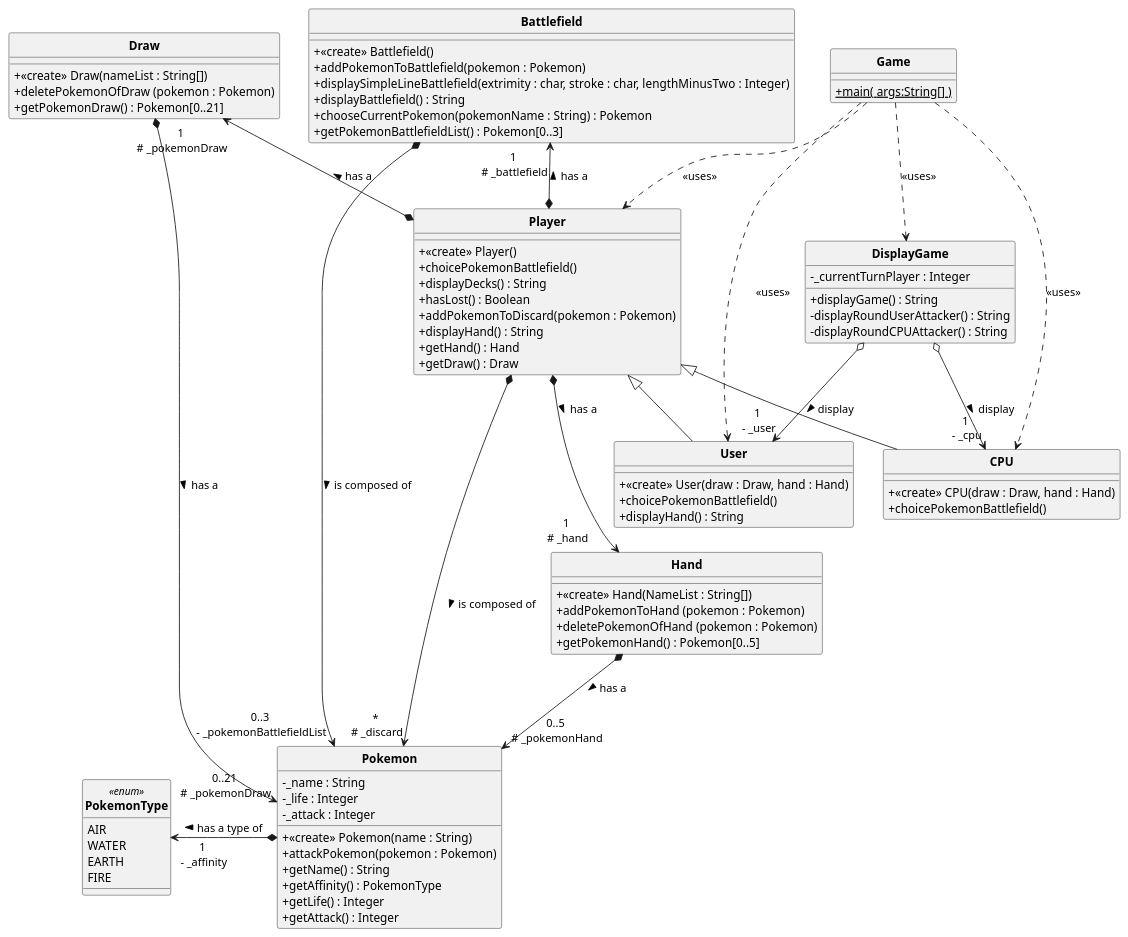
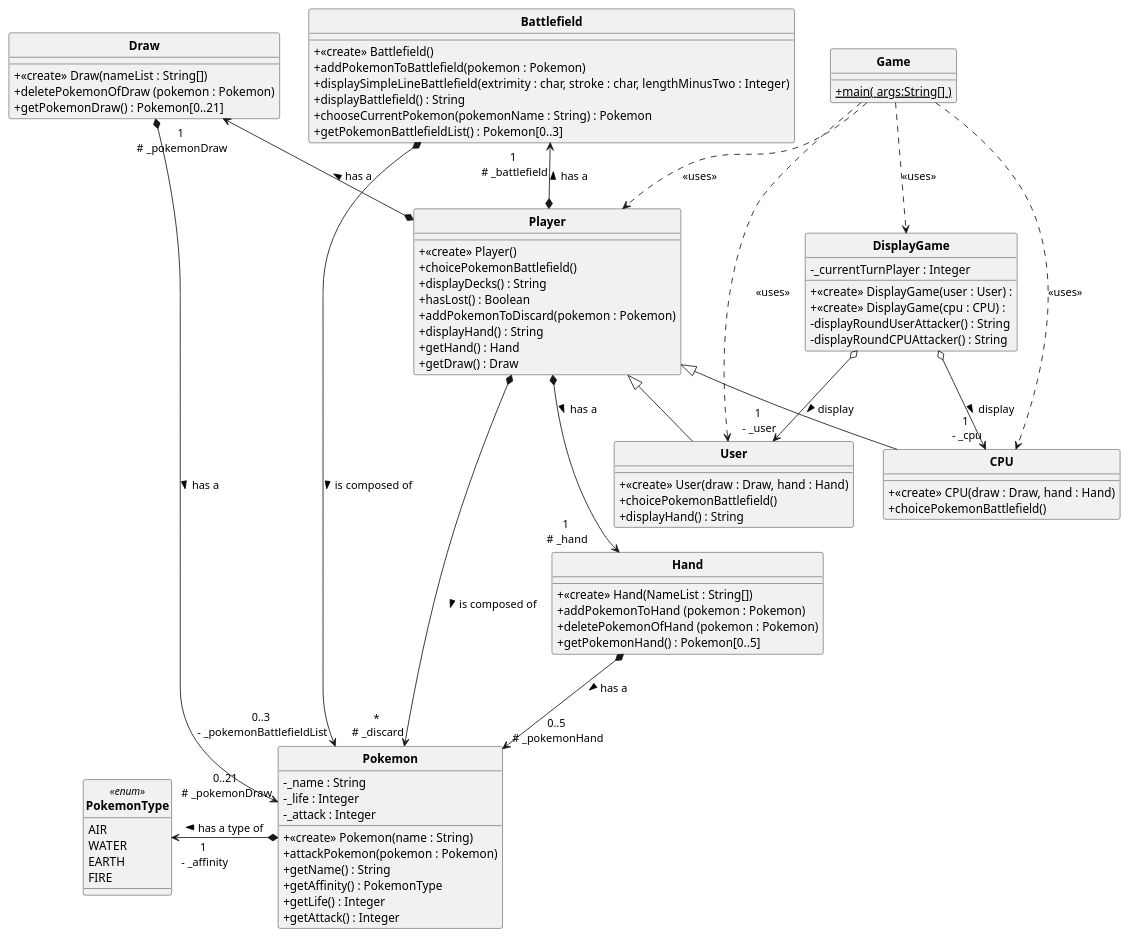
The diagram in uml/semaine2.puml (vfletschinger/Pokemon_Project), drawn with PlantUML before and after one commit. The commit also changed 8 other files, not shown here.

```diff
--- a/uml/semaine2.puml
+++ b/uml/semaine2.puml
@@ -1,104 +1,105 @@
  @startuml
 'https://plantuml.com/sequence-diagram
 
 
 'configuration du style
 skinparam style strictuml
 skinparam classAttributeIconSize 0
 skinparam classFontStyle Bold
 
 
 class Game  {
 	+ {static} main( args:String[] )
 }
 
 class Pokemon {
     - _name : String
     - _life : Integer
     - _attack : Integer
     + <<create>> Pokemon(name : String)
     + attackPokemon(pokemon : Pokemon)
     + getName() : String
     + getAffinity() : PokemonType
     + getLife() : Integer
     + getAttack() : Integer
 }
 
 enum PokemonType <<enum>>{
     AIR
     WATER
     EARTH
     FIRE
 }
 'On pourrait contenir cette énumération comme des "sous classes" de Pokemon'
 
 
 class Player{
     + <<create>> Player()
     + choicePokemonBattlefield()
     + displayDecks() : String
     + hasLost() : Boolean
     + addPokemonToDiscard(pokemon : Pokemon)
     + displayHand() : String
     + getHand() : Hand
     + getDraw() : Draw
 }
 
 class User extends Player {
     + <<create>> User(draw : Draw, hand : Hand)
     + choicePokemonBattlefield()
     + displayHand() : String
 }
 
 class CPU extends Player {
     + <<create>> CPU(draw : Draw, hand : Hand)
     + choicePokemonBattlefield()
 }
 
 class Battlefield {
     + <<create>> Battlefield()
     + addPokemonToBattlefield(pokemon : Pokemon)
     + displaySimpleLineBattlefield(extrimity : char, stroke : char, lengthMinusTwo : Integer)
     + displayBattlefield() : String
     + chooseCurrentPokemon(pokemonName : String) : Pokemon
     + getPokemonBattlefieldList() : Pokemon[0..3]
 }
 
 class DisplayGame {
     - _currentTurnPlayer : Integer
-    + displayGame() : String
+    + <<create>> DisplayGame(user : User) :
+    + <<create>> DisplayGame(cpu : CPU) :
     - displayRoundUserAttacker() : String
     - displayRoundCPUAttacker() : String
 }
 
 class Draw{
     +<<create>> Draw(nameList : String[])
     + deletePokemonOfDraw (pokemon : Pokemon)
     + getPokemonDraw() : Pokemon[0..21]
 }
 
 class Hand{
     +<<create>> Hand(NameList : String[])
     + addPokemonToHand (pokemon : Pokemon)
     + deletePokemonOfHand (pokemon : Pokemon)
     + getPokemonHand() : Pokemon[0..5]
 }
 
 Player *-u-> "1\n # _battlefield" Battlefield : > has a
 Player *-u-> "1\n # _pokemonDraw" Draw : > has a
 Player *-d---> "*\n # _discard" Pokemon : > is composed of
 Player *--> "1\n # _hand" Hand : > has a
 Draw *--> "0..21\n # _pokemonDraw" Pokemon : > has a
 Hand *--> "0..5\n # _pokemonHand" Pokemon : > has a
 Battlefield *--> "0..3\n - _pokemonBattlefieldList" Pokemon : > is composed of
 DisplayGame o--> "1\n - _user" User : > display
 DisplayGame o--> "1\n - _cpu" CPU : > display
 Pokemon *-l-> "1\n - _affinity" PokemonType : > has a type of
 
 Game .d.> Player : <<uses>>
 Game .d.> DisplayGame : <<uses>>
 Game .d.> CPU : <<uses>>
 Game .d.> User : <<uses>>
 
 
 @enduml
```
